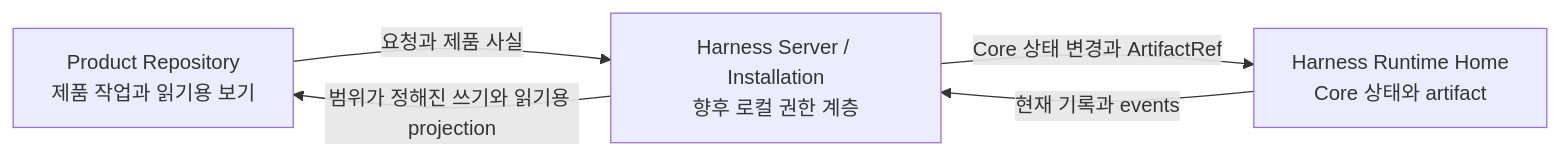
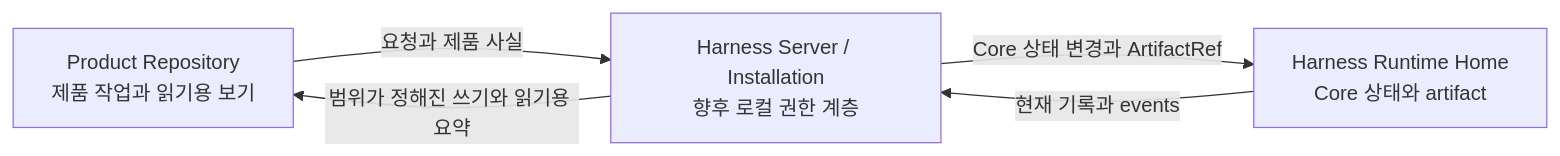
Before and after one commit to minjungw00/Harness_Project: the diagram in docs/ko/learn/overview.md, drawn with Mermaid. The commit also changed other lines of this file and 38 other files, not shown here.

````diff
--- a/docs/ko/learn/overview.md
+++ b/docs/ko/learn/overview.md
@@ -47,11 +47,11 @@
 ```mermaid
 flowchart LR
   Product["Product Repository<br/>제품 작업과 읽기용 보기"]
   Server["Harness Server / Installation<br/>향후 로컬 권한 계층"]
   Home["Harness Runtime Home<br/>Core 상태와 artifact"]
 
   Product -->|요청과 제품 사실| Server
-  Server -->|범위가 정해진 쓰기와 읽기용 projection| Product
+  Server -->|범위가 정해진 쓰기와 읽기용 요약| Product
   Server -->|Core 상태 변경과 ArtifactRef| Home
   Home -->|현재 기록과 events| Server
 ```
````
